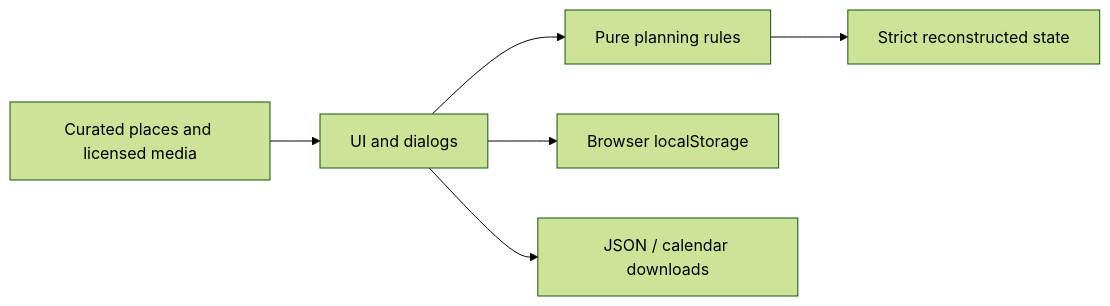
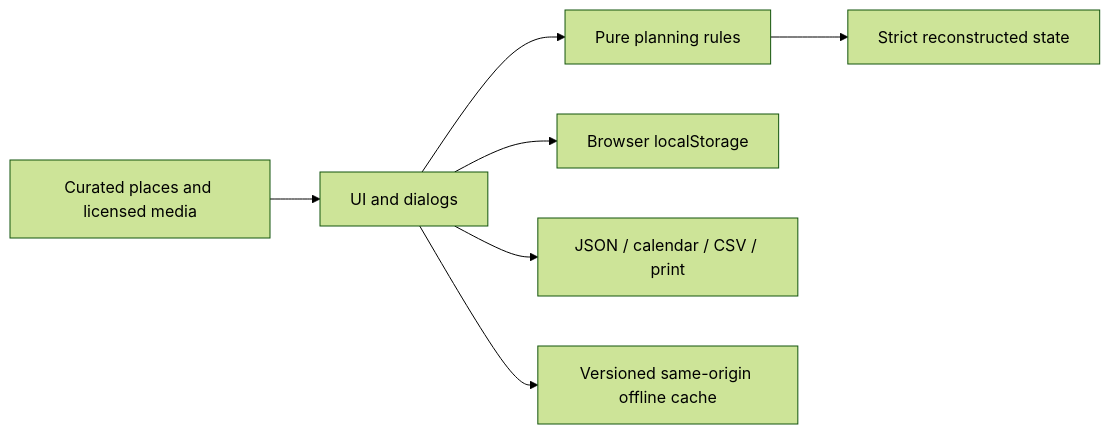
Before and after one commit to nguyenhonggiang2407/YangAtlas: the diagram in docs/ARCHITECTURE.md, drawn with Mermaid (forest theme). The commit also changed other lines of this file and 21 other files, not shown here.

````diff
--- a/docs/ARCHITECTURE.md
+++ b/docs/ARCHITECTURE.md
@@ -6,8 +6,9 @@
 ```mermaid
 flowchart LR
   UI[UI and dialogs] --> Domain[Pure planning rules]
   UI --> Store[Browser localStorage]
-  UI --> Backup[JSON / calendar downloads]
+  UI --> Backup[JSON / calendar / CSV / print]
+  UI --> Offline[Versioned same-origin offline cache]
   Catalog[Curated places and licensed media] --> UI
   Domain --> Validation[Strict reconstructed state]
 ```
````
